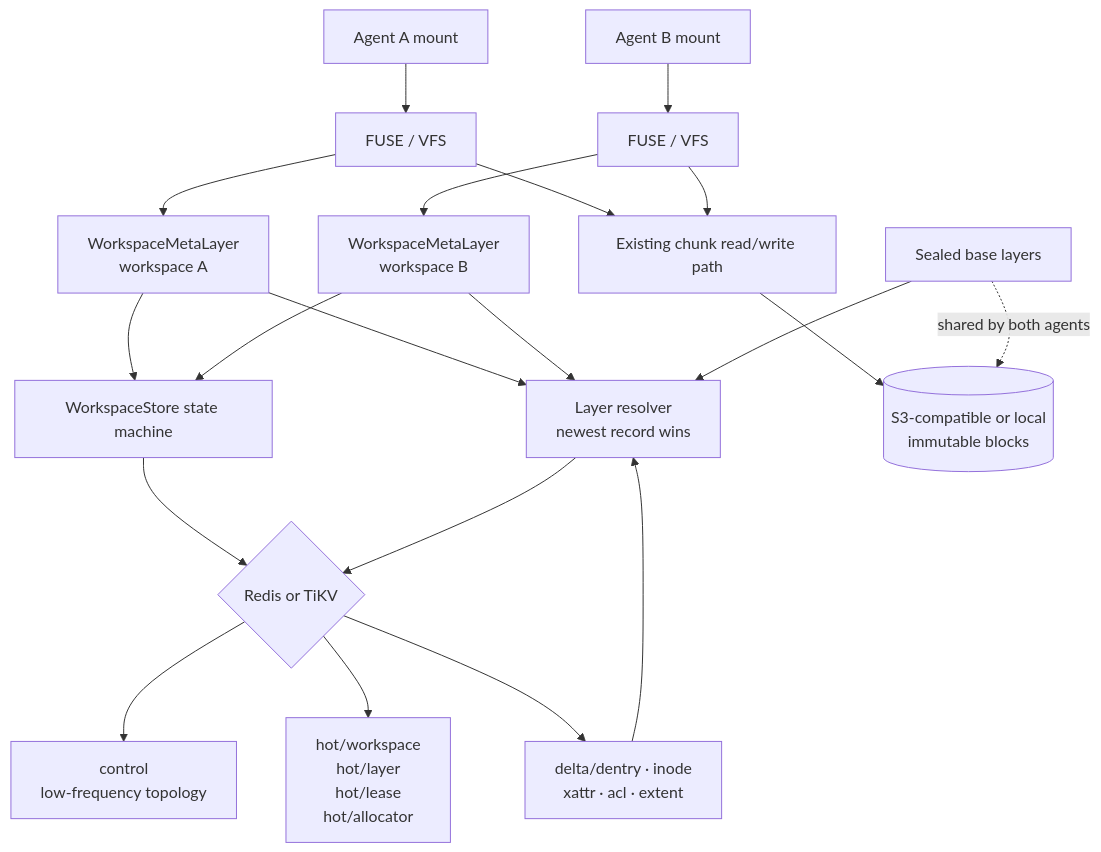
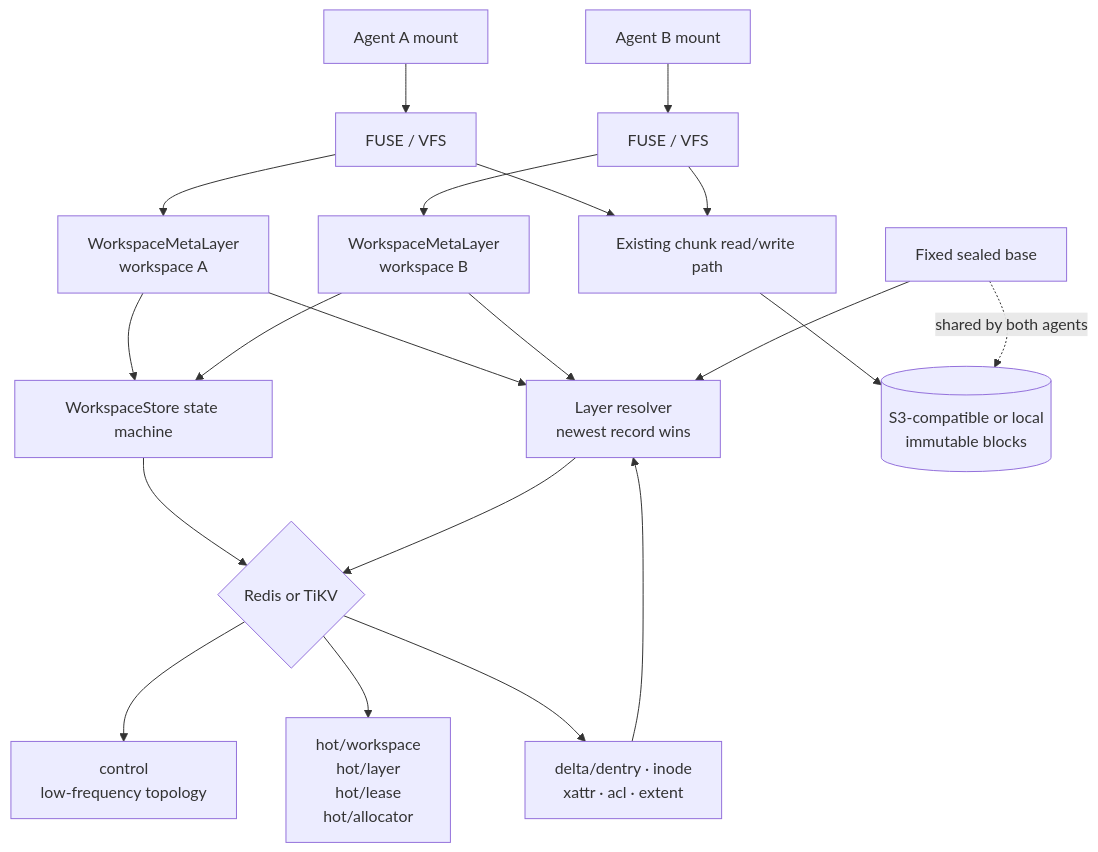
Before and after one commit to brewfs/brewfs: the first of 3 diagrams in doc/architecture/workspace-overlay.md, drawn with Mermaid. The commit also changed other lines of this file and 11 other files, not shown here.

````diff
--- a/doc/architecture/workspace-overlay.md
+++ b/doc/architecture/workspace-overlay.md
@@ -32,28 +32,28 @@
 ```mermaid
 flowchart TB
     AgentA[Agent A mount] --> FuseA[FUSE / VFS]
     AgentB[Agent B mount] --> FuseB[FUSE / VFS]
 
     FuseA --> MetaA[WorkspaceMetaLayer<br/>workspace A]
     FuseB --> MetaB[WorkspaceMetaLayer<br/>workspace B]
 
     MetaA --> Resolver[Layer resolver<br/>newest record wins]
     MetaB --> Resolver
     MetaA --> Catalog[WorkspaceStore state machine]
     MetaB --> Catalog
 
     Catalog --> KV{Redis or TiKV}
     Resolver --> KV
 
     KV --> Topology[control<br/>low-frequency topology]
     KV --> Hot[hot/workspace<br/>hot/layer<br/>hot/lease<br/>hot/allocator]
     KV --> Delta[delta/dentry · inode<br/>xattr · acl · extent]
 
     FuseA --> Chunk[Existing chunk read/write path]
     FuseB --> Chunk
     Chunk --> Objects[(S3-compatible or local<br/>immutable blocks)]
 
-    Shared[Sealed base layers] --> Resolver
+    Shared[Fixed sealed base] --> Resolver
     Delta --> Resolver
     Shared -. shared by both agents .-> Objects
 ```
````
